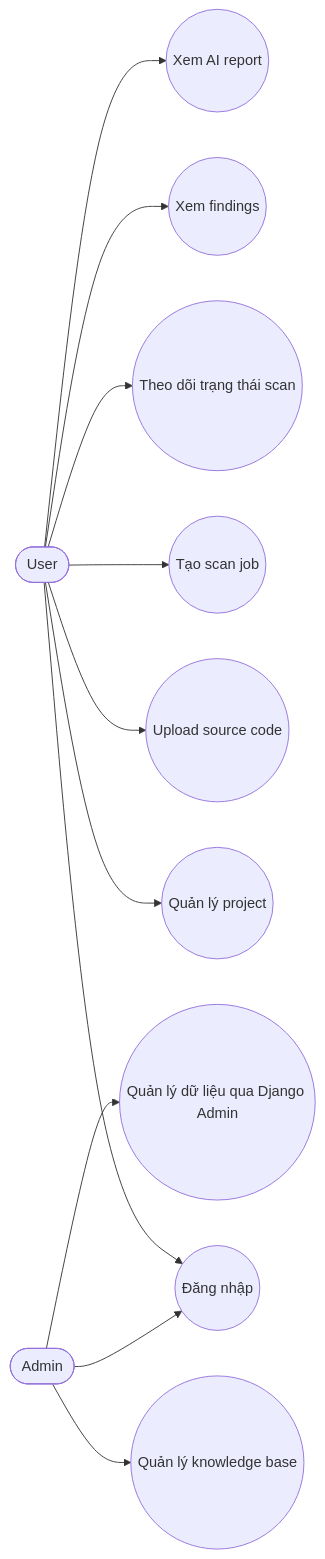
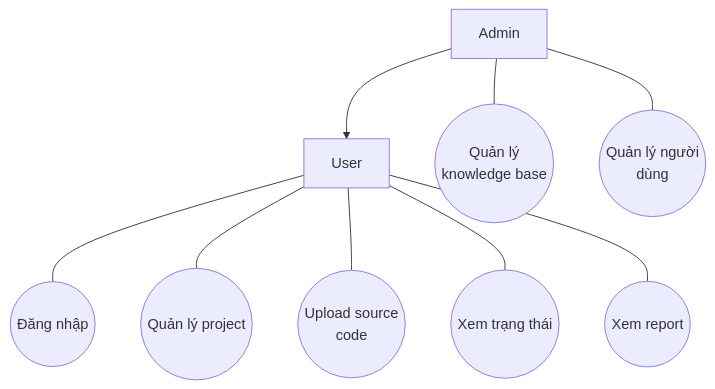
Before and after one commit to Cozgg/ai-devsecops-platform: the diagram in docs/use-case.md, drawn with Mermaid. The commit also changed other lines of this file, not shown here.

Commit message:
docs: update use case document to match Astah diagram

````diff
--- a/docs/use-case.md
+++ b/docs/use-case.md
@@ -38,27 +55,24 @@
 ```mermaid
-flowchart LR
-    User([User])
-    Admin([Admin])
+flowchart TB
+    User[User]
+    Admin[Admin]
 
+    UC03((Upload source<br/>code))
+    UC02((Quản lý project))
+    UC05((Xem report))
+    UC04((Xem trạng thái))
     UC01((Đăng nhập))
-    UC02((Quản lý project))
-    UC03((Upload source code))
-    UC04((Tạo scan job))
-    UC05((Theo dõi trạng thái scan))
-    UC06((Xem findings))
-    UC07((Xem AI report))
-    UC08((Quản lý knowledge base))
-    UC09((Quản lý dữ liệu qua Django Admin))
+    UC07((Quản lý<br/>knowledge base))
+    UC06((Quản lý người<br/>dùng))
 
-    User --> UC01
-    User --> UC02
-    User --> UC03
-    User --> UC04
-    User --> UC05
-    User --> UC06
-    User --> UC07
+    Admin --> User
 
-    Admin --> UC01
-    Admin --> UC08
-    Admin --> UC09
+    User --- UC01
+    User --- UC02
+    User --- UC03
+    User --- UC04
+    User --- UC05
+
+    Admin --- UC06
+    Admin --- UC07
 ```
````
